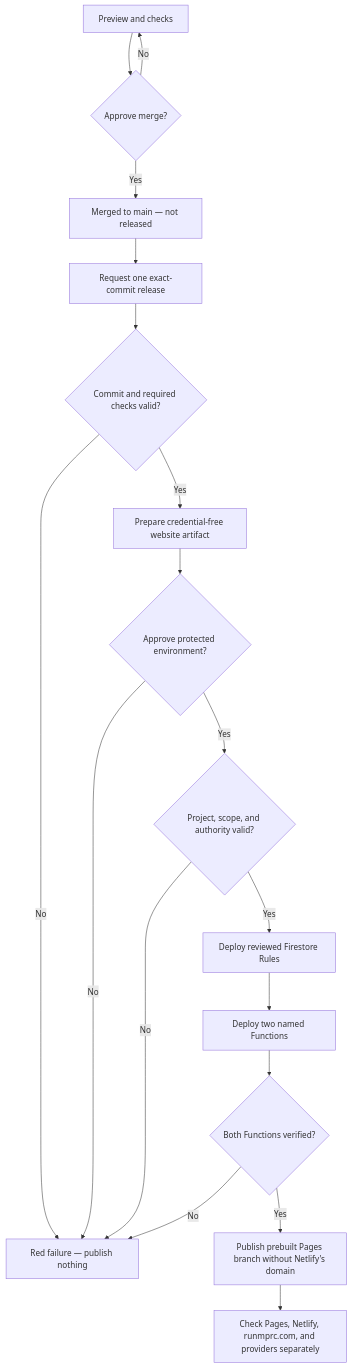
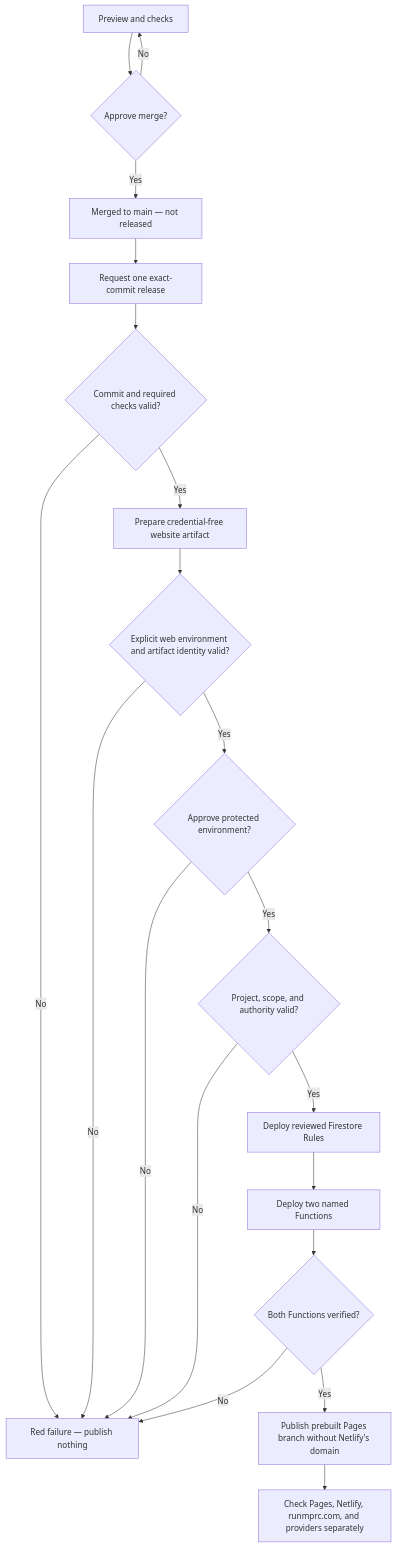
The first of 7 diagrams in docs/officers/PUBLISH_AND_CHECK.md (Run-MPRC/Run-MPRC.github.io), drawn with Mermaid before and after one commit. The commit also changed other lines of this file and 26 other files, not shown here.

````diff
--- a/docs/officers/PUBLISH_AND_CHECK.md
+++ b/docs/officers/PUBLISH_AND_CHECK.md
@@ -19,20 +21,22 @@
 ```mermaid
 flowchart TD
     Review["Preview and checks"] --> Merge{"Approve merge?"}
     Merge -- "No" --> Review
     Merge -- "Yes" --> Merged["Merged to main — not released"]
     Merged --> Request["Request one exact-commit release"]
     Request --> Preflight{"Commit and required checks valid?"}
     Preflight -- "No" --> Stop["Red failure — publish nothing"]
     Preflight -- "Yes" --> Prepare["Prepare credential-free website artifact"]
-    Prepare --> Release{"Approve protected environment?"}
+    Prepare --> WebConfig{"Explicit web environment and artifact identity valid?"}
+    WebConfig -- "No" --> Stop
+    WebConfig -- "Yes" --> Release{"Approve protected environment?"}
     Release -- "No" --> Stop
     Release -- "Yes" --> Gate{"Project, scope, and authority valid?"}
     Gate -- "No" --> Stop
     Gate -- "Yes" --> Rules["Deploy reviewed Firestore Rules"]
     Rules --> Functions["Deploy two named Functions"]
     Functions --> VerifyBackend{"Both Functions verified?"}
     VerifyBackend -- "No" --> Stop
     VerifyBackend -- "Yes" --> Pages["Publish prebuilt Pages branch without Netlify's domain"]
     Pages --> Verify["Check Pages, Netlify, runmprc.com, and providers separately"]
 ```
````
